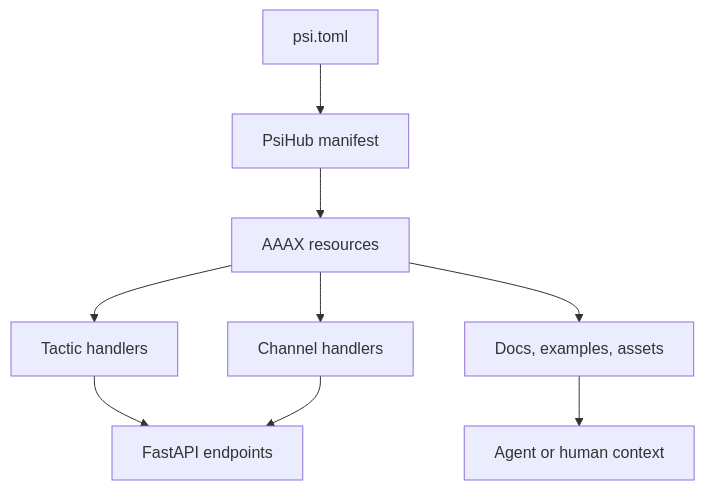
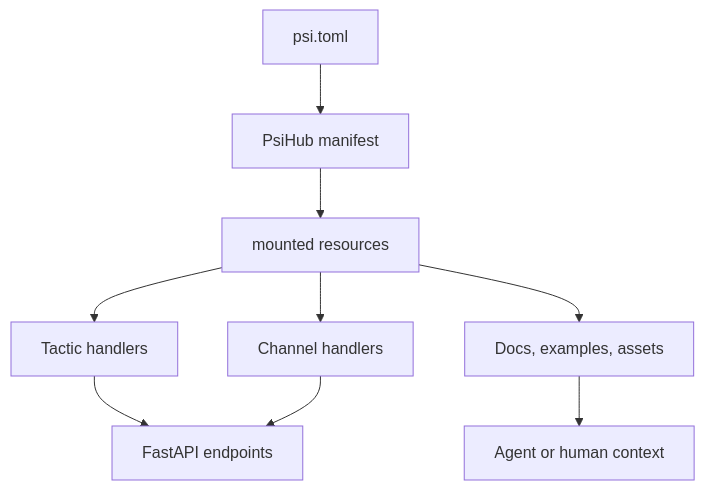
One commit to Productive-Superintelligence/aaax changed the diagram in docs/concepts/package-composition.md. Above: the diagram before and after it, drawn with Mermaid. The commit also changed other lines of this file and 22 other files, not shown here.

````diff
--- a/docs/concepts/package-composition.md
+++ b/docs/concepts/package-composition.md
@@ -6,11 +7,11 @@
 ```mermaid
 flowchart TD
   A["psi.toml"] --> B["PsiHub manifest"]
-  B --> C["AAAX resources"]
+  B --> C["mounted resources"]
   C --> D["Tactic handlers"]
   C --> E["Channel handlers"]
   C --> F["Docs, examples, assets"]
   D --> G["FastAPI endpoints"]
   E --> G
   F --> H["Agent or human context"]
 ```
````
